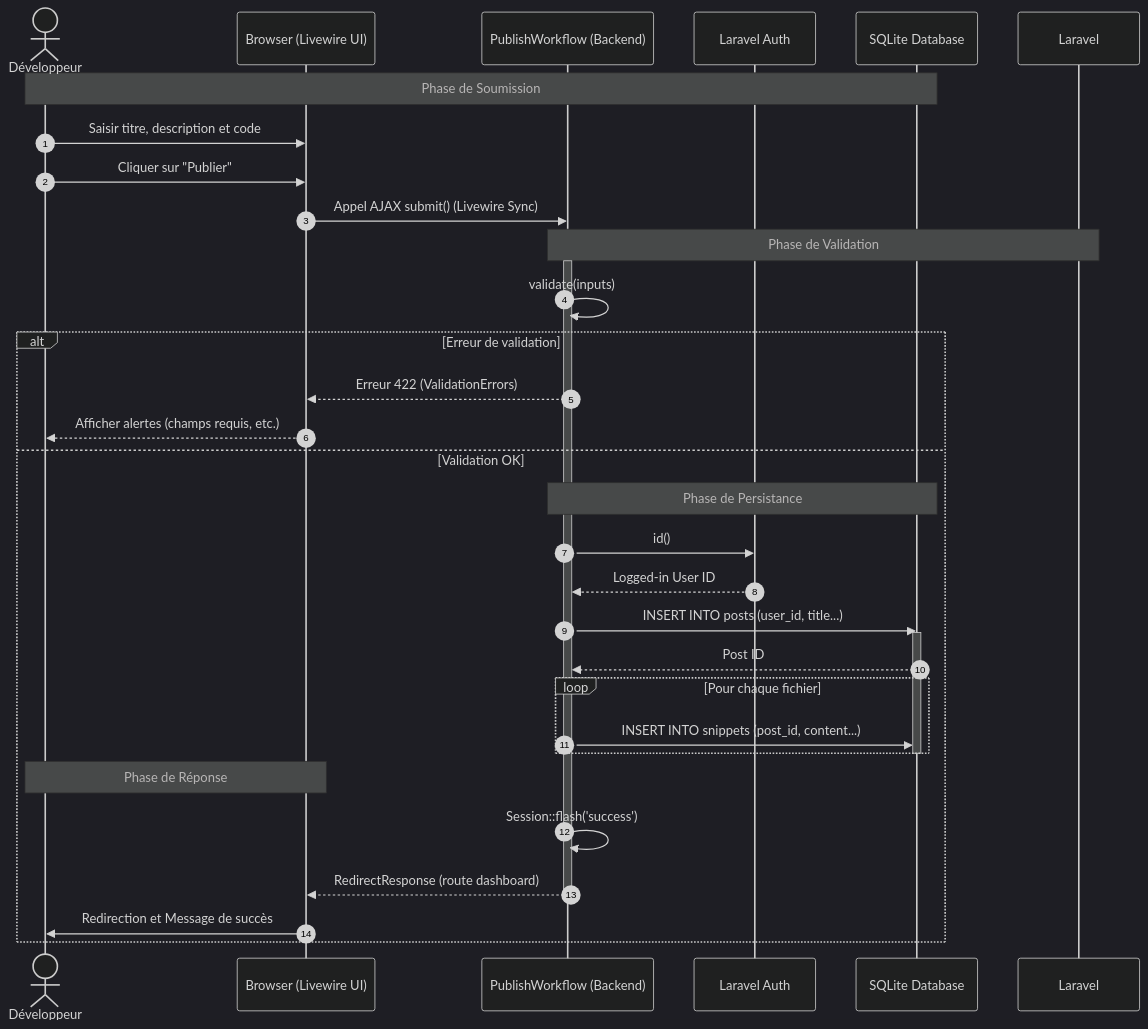
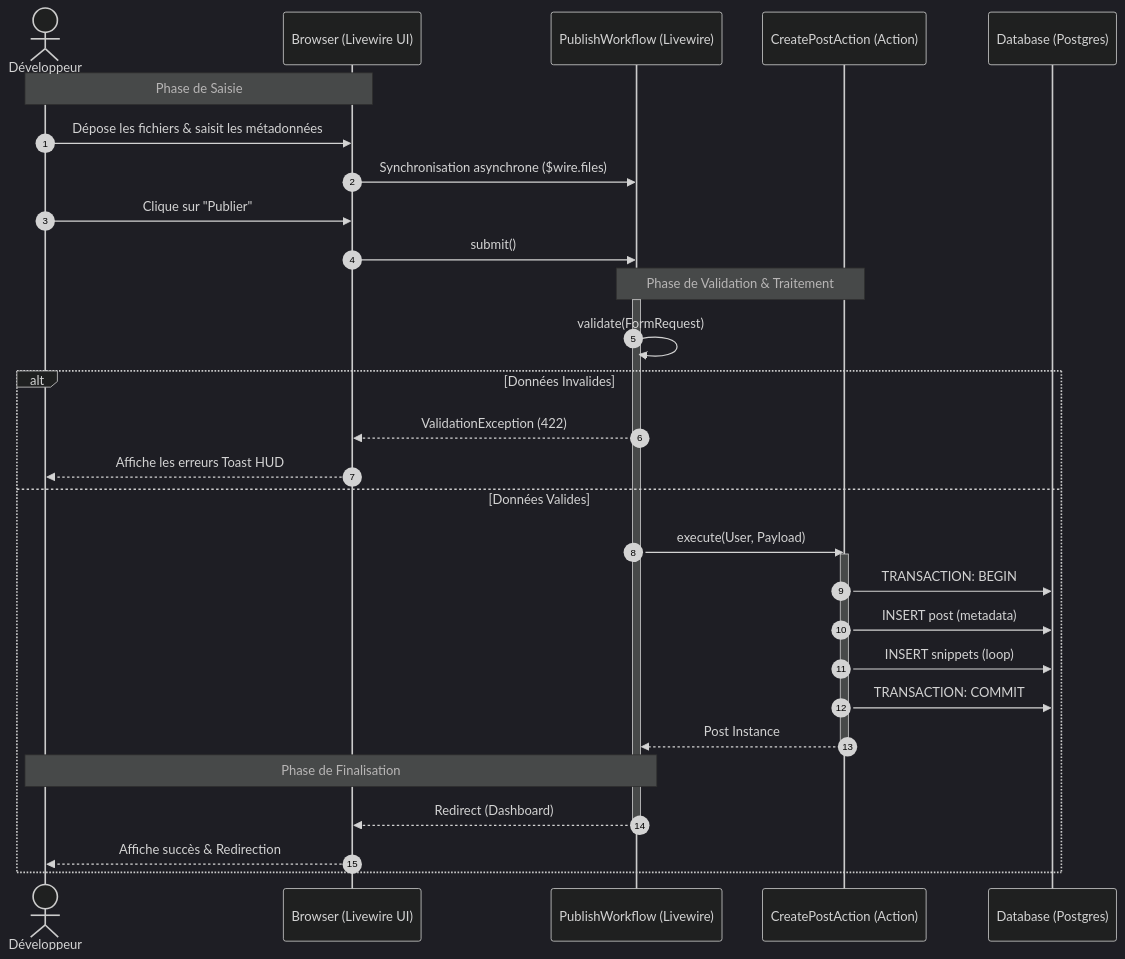
One commit to EnriqueP01/reviewme changed the diagram in us/us12_diagramme_sequence.md. Above: the diagram before and after it, drawn with Mermaid (dark theme). The commit also changed 3 other files, not shown here.

Commit message:
docs(diag): intégration des schémas Mermaid expert (US10, 12, 13)

````diff
--- a/us/us12_diagramme_sequence.md
+++ b/us/us12_diagramme_sequence.md
@@ -15,43 +15,41 @@
 ```mermaid
 sequenceDiagram
     autonumber
     actor Dev as Développeur
     participant UI as Browser (Livewire UI)
-    participant LW as PublishWorkflow (Backend)
-    participant Auth as Laravel Auth
-    participant DB as SQLite Database
+    participant LW as PublishWorkflow (Livewire)
+    participant ACT as CreatePostAction (Action)
+    participant DB as Database (Postgres)
 
-    Note over Dev, DB: Phase de Soumission
-    Dev->>UI: Saisir titre, description et code
-    Dev->>UI: Cliquer sur "Publier"
-    UI->>LW: Appel AJAX submit() (Livewire Sync)
+    Note over Dev, UI: Phase de Saisie
+    Dev->>UI: Dépose les fichiers & saisit les métadonnées
+    UI->>LW: Synchronisation asynchrone ($wire.files)
     
-    Note over LW, Laravel: Phase de Validation
+    Dev->>UI: Clique sur "Publier"
+    UI->>LW: submit()
+    
+    Note over LW, ACT: Phase de Validation & Traitement
     activate LW
-    LW->>LW: validate(inputs)
+    LW->>LW: validate(FormRequest)
     
-    alt Erreur de validation
-        LW-->>UI: Erreur 422 (ValidationErrors)
-        UI-->>Dev: Afficher alertes (champs requis, etc.)
-    else Validation OK
-        Note over LW, DB: Phase de Persistance
-        LW->>Auth: id()
-        Auth-->>LW: Logged-in User ID
+    alt Données Invalides
+        LW-->>UI: ValidationException (422)
+        UI-->>Dev: Affiche les erreurs Toast HUD
+    else Données Valides
+        LW->>ACT: execute(User, Payload)
+        activate ACT
         
-        LW->>DB: INSERT INTO posts (user_id, title...)
-        activate DB
-        DB-->>LW: Post ID
+        ACT->>DB: TRANSACTION: BEGIN
+        ACT->>DB: INSERT post (metadata)
+        ACT->>DB: INSERT snippets (loop)
+        ACT->>DB: TRANSACTION: COMMIT
         
-        loop Pour chaque fichier
-            LW->>DB: INSERT INTO snippets (post_id, content...)
-        end
-        deactivate DB
+        ACT-->>LW: Post Instance
+        deactivate ACT
         
-        Note over Dev, UI: Phase de Réponse
-        LW->>LW: Session::flash('success')
-        LW-->>UI: RedirectResponse (route dashboard)
+        Note over LW, Dev: Phase de Finalisation
+        LW-->>UI: Redirect (Dashboard)
         deactivate LW
-        
-        UI->>Dev: Redirection et Message de succès
+        UI-->>Dev: Affiche succès & Redirection
     end
 ```
````
